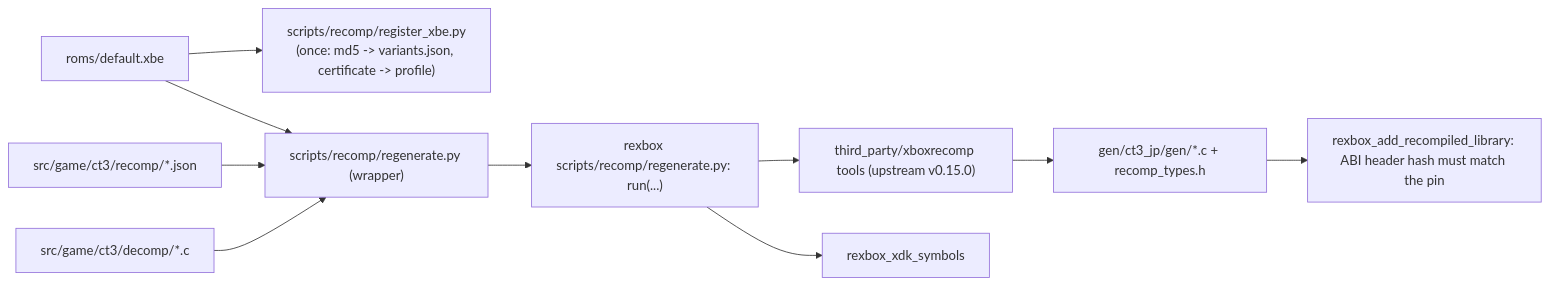
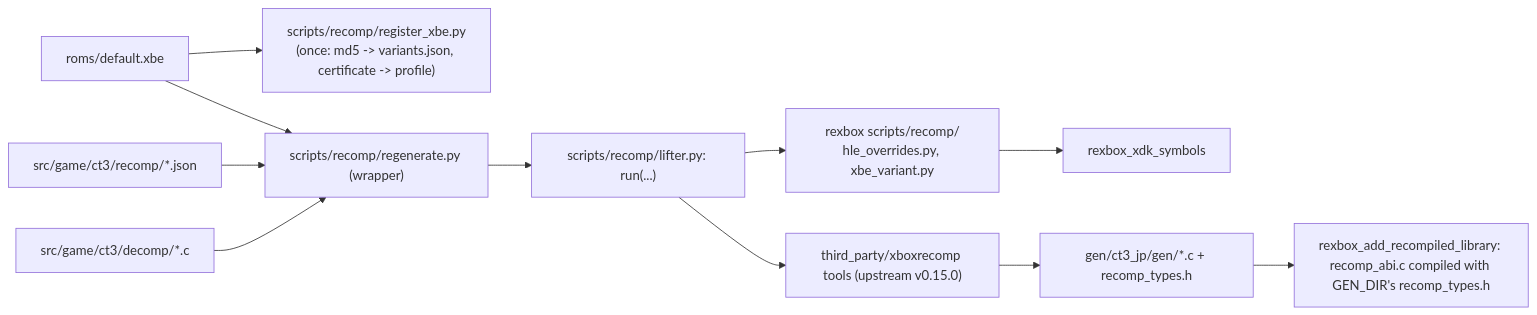
One commit to reexec/reCT3 changed the second of 2 diagrams in ARCHITECTURE.md. Above: the diagram before and after it, drawn with Mermaid. The commit also changed other lines of this file and 15 other files, not shown here.

Commit message:
v0.0.11: the xboxrecomp pipeline moves into this project, through rexbox v0.0.12 (#22)

````diff
--- a/ARCHITECTURE.md
+++ b/ARCHITECTURE.md
@@ -42,12 +42,13 @@
 ```mermaid
 flowchart LR
     XBE["roms/default.xbe"] --> REG["scripts/recomp/register_xbe.py<br/>(once: md5 -> variants.json, certificate -> profile)"]
     XBE --> REGEN["scripts/recomp/regenerate.py (wrapper)"]
     CFG["src/game/ct3/recomp/*.json"] --> REGEN
     DECOMP["src/game/ct3/decomp/*.c"] --> REGEN
-    REGEN --> RX["rexbox scripts/recomp/regenerate.py: run(...)"]
-    RX --> TOOLS["third_party/xboxrecomp tools (upstream v0.15.0)"]
-    RX --> SYM["rexbox_xdk_symbols"]
+    REGEN --> LIFT["scripts/recomp/lifter.py: run(...)"]
+    LIFT --> TOOLS["third_party/xboxrecomp tools (upstream v0.15.0)"]
+    LIFT --> HELP["rexbox scripts/recomp/<br/>hle_overrides.py, xbe_variant.py"]
+    HELP --> SYM["rexbox_xdk_symbols"]
     TOOLS --> GEN["gen/ct3_jp/gen/*.c + recomp_types.h"]
-    GEN --> CMAKE["rexbox_add_recompiled_library: ABI header hash must match the pin"]
+    GEN --> CMAKE["rexbox_add_recompiled_library: recomp_abi.c compiled with GEN_DIR's recomp_types.h"]
 ```
````
